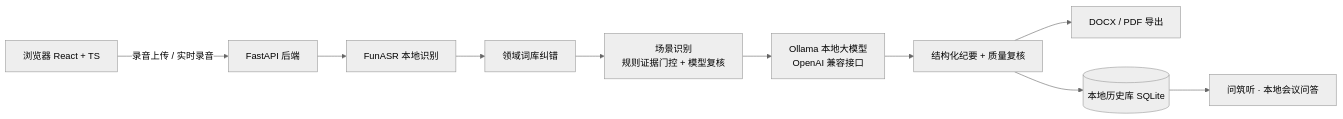
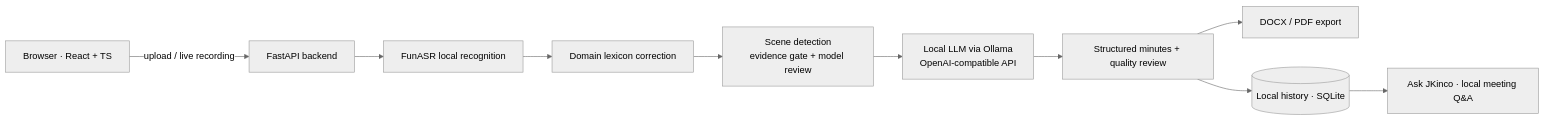
Before and after one commit to wenxuanzhang1209-cyber/jkinco-listen-open: the diagram in README.md, drawn with Mermaid (neutral theme). The commit also changed other lines of this file and 19 other files, not shown here.

````diff
--- a/README.md
+++ b/README.md
@@ -172,12 +189,12 @@
 ```mermaid
 flowchart LR
-    U[浏览器 React + TS] -->|录音上传 / 实时录音| API[FastAPI 后端]
-    API --> ASR[FunASR 本地识别]
-    ASR --> LEX[领域词库纠错]
-    LEX --> CLS[场景识别<br/>规则证据门控 + 模型复核]
-    CLS --> LLM[Ollama 本地大模型<br/>OpenAI 兼容接口]
-    LLM --> MIN[结构化纪要 + 质量复核]
-    MIN --> EXP[DOCX / PDF 导出]
-    MIN --> DB[(本地历史库 SQLite)]
-    DB --> QA[问筑听 · 本地会议问答]
+    U[Browser · React + TS] -->|upload / live recording| API[FastAPI backend]
+    API --> ASR[FunASR local recognition]
+    ASR --> LEX[Domain lexicon correction]
+    LEX --> CLS[Scene detection<br/>evidence gate + model review]
+    CLS --> LLM[Local LLM via Ollama<br/>OpenAI-compatible API]
+    LLM --> MIN[Structured minutes + quality review]
+    MIN --> EXP[DOCX / PDF export]
+    MIN --> DB[(Local history · SQLite)]
+    DB --> QA[Ask JKinco · local meeting Q&A]
 ```
````
